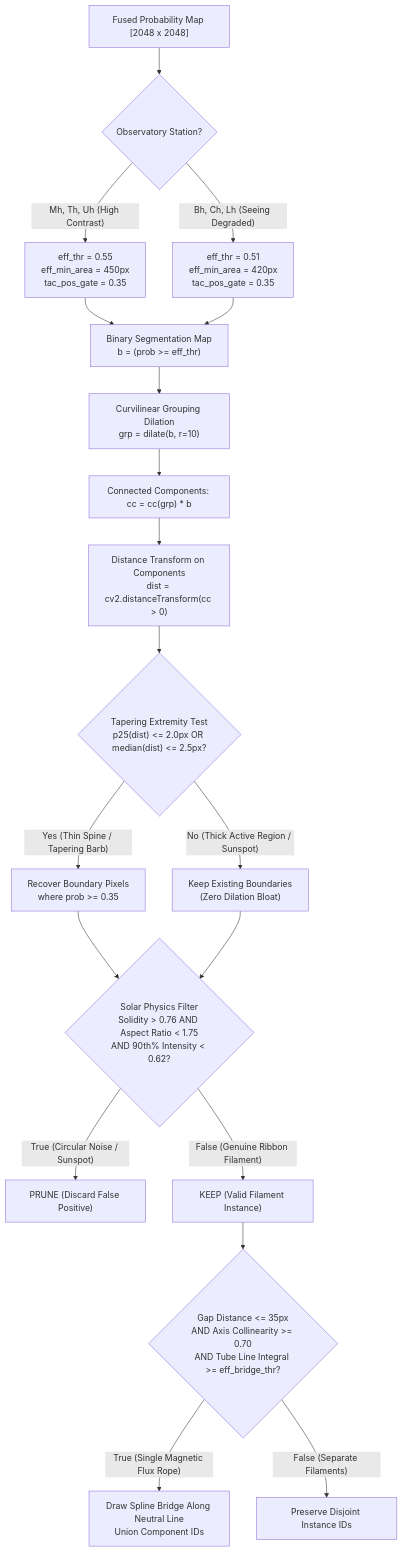
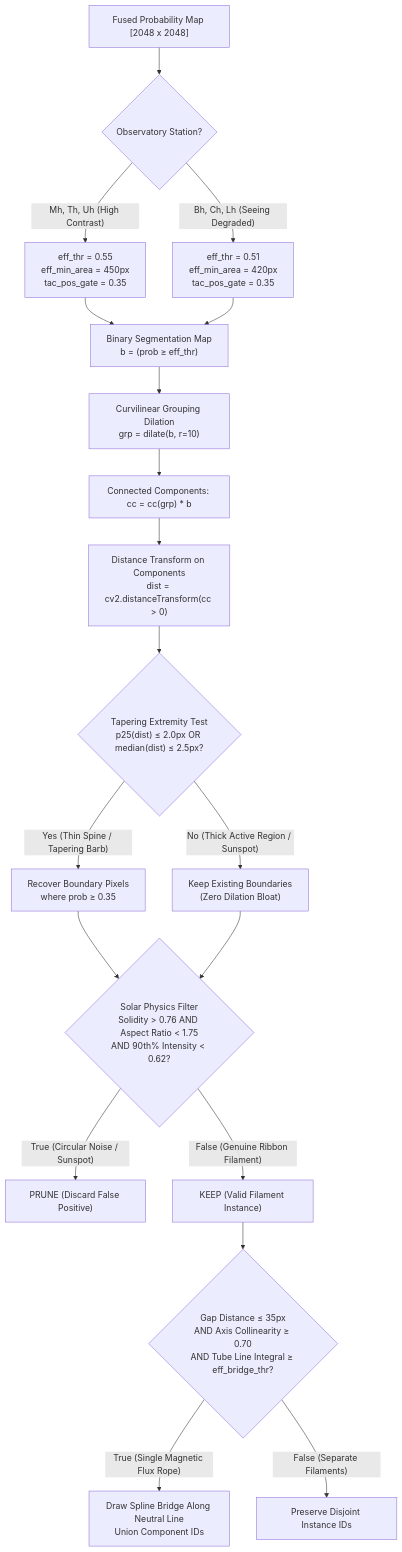
The second of 2 diagrams in PRESENTATION_AND_ARCHITECTURE_GUIDE.md (driv1sion/solar-filament), drawn with Mermaid before and after one commit. The commit also changed other lines of this file and 3 other files, not shown here.

Commit message:
docs: modify diagrams

````diff
--- a/PRESENTATION_AND_ARCHITECTURE_GUIDE.md
+++ b/PRESENTATION_AND_ARCHITECTURE_GUIDE.md
@@ -320,23 +364,23 @@
 ```mermaid
 flowchart TD
     Prob["Fused Probability Map [2048 x 2048]"] --> StCheck{"Observatory Station?"}
     StCheck -- "Mh, Th, Uh (High Contrast)" --> T1["eff_thr = 0.55<br/>eff_min_area = 450px<br/>tac_pos_gate = 0.35"]
     StCheck -- "Bh, Ch, Lh (Seeing Degraded)" --> T2["eff_thr = 0.51<br/>eff_min_area = 420px<br/>tac_pos_gate = 0.35"]
 
-    T1 & T2 --> Binarize["Binary Segmentation Map<br/>b = (prob >= eff_thr)"]
+    T1 & T2 --> Binarize["Binary Segmentation Map<br/>b = (prob &ge; eff_thr)"]
     Binarize --> Dilate["Curvilinear Grouping Dilation<br/>grp = dilate(b, r=10)"]
     Dilate --> CC["Connected Components: cc = cc(grp) * b"]
     
-    CC --> DistTrans["Distance Transform on Components<br/>dist = cv2.distanceTransform(cc > 0)"]
-    DistTrans --> TaperCheck{"Tapering Extremity Test<br/>p25(dist) <= 2.0px OR median(dist) <= 2.5px?"}
-    TaperCheck -- "Yes (Thin Spine / Tapering Barb)" --> Recover["Recover Boundary Pixels<br/>where prob >= 0.35"]
+    CC --> DistTrans["Distance Transform on Components<br/>dist = cv2.distanceTransform(cc &gt; 0)"]
+    DistTrans --> TaperCheck{"Tapering Extremity Test<br/>p25(dist) &le; 2.0px OR median(dist) &le; 2.5px?"}
+    TaperCheck -- "Yes (Thin Spine / Tapering Barb)" --> Recover["Recover Boundary Pixels<br/>where prob &ge; 0.35"]
     TaperCheck -- "No (Thick Active Region / Sunspot)" --> NoRecover["Keep Existing Boundaries<br/>(Zero Dilation Bloat)"]
     
-    Recover & NoRecover --> PhysFilter{"Solar Physics Filter<br/>Solidity > 0.76 AND Aspect Ratio < 1.75<br/>AND 90th% Intensity < 0.62?"}
+    Recover & NoRecover --> PhysFilter{"Solar Physics Filter<br/>Solidity &gt; 0.76 AND Aspect Ratio &lt; 1.75<br/>AND 90th% Intensity &lt; 0.62?"}
     PhysFilter -- "True (Circular Noise / Sunspot)" --> Drop["PRUNE (Discard False Positive)"]
     PhysFilter -- "False (Genuine Ribbon Filament)" --> Keep["KEEP (Valid Filament Instance)"]
     
-    Keep --> CGB{"Gap Distance <= 35px<br/>AND Axis Collinearity >= 0.70<br/>AND Tube Line Integral >= eff_bridge_thr?"}
+    Keep --> CGB{"Gap Distance &le; 35px<br/>AND Axis Collinearity &ge; 0.70<br/>AND Tube Line Integral &ge; eff_bridge_thr?"}
     CGB -- "True (Single Magnetic Flux Rope)" --> Bridge["Draw Spline Bridge Along Neutral Line<br/>Union Component IDs"]
     CGB -- "False (Separate Filaments)" --> NoBridge["Preserve Disjoint Instance IDs"]
 ```
````
